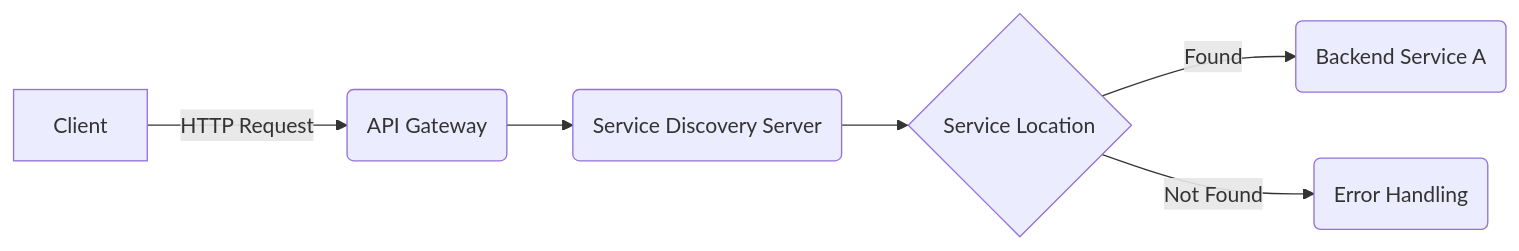
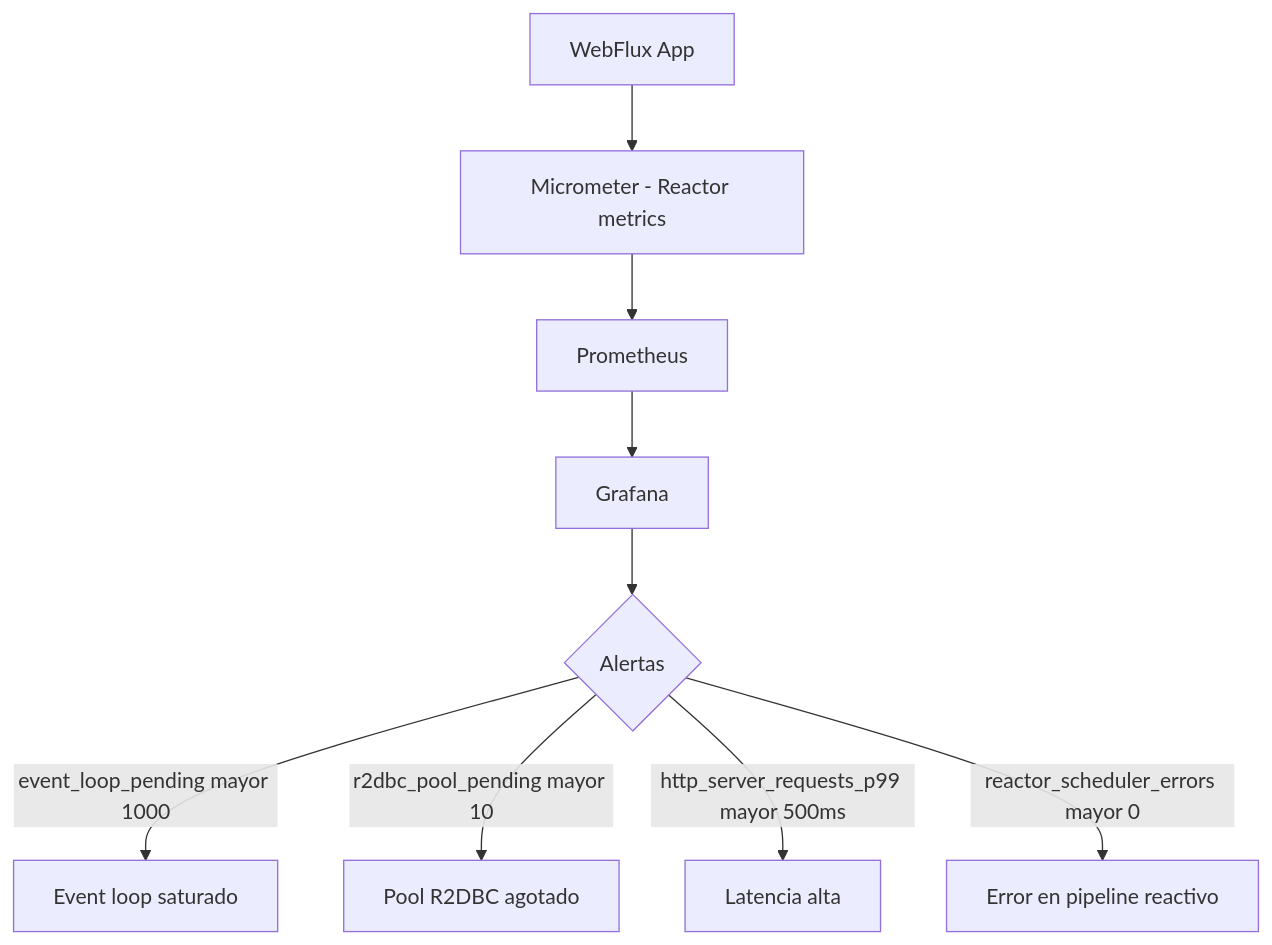
One commit to Joaquinriosheredia/DAM-Java-Mastery changed the third of 4 diagrams in 02_Arquitectura/arquitectura_de_microservicios_reactivos_con_spring_boot_3.3_y_r2dbc_STAFF.md. Above: the diagram before and after it, drawn with Mermaid. The commit also changed other lines of this file and 1 other file, not shown here.

````diff
--- a/02_Arquitectura/arquitectura_de_microservicios_reactivos_con_spring_boot_3.3_y_r2dbc_STAFF.md
+++ b/02_Arquitectura/arquitectura_de_microservicios_reactivos_con_spring_boot_3.3_y_r2dbc_STAFF.md
@@ -1291,8 +295,11 @@
 ```mermaid
-graph LR;
-A[Client] -->|HTTP Request| B(API Gateway)
-B --> C(Service Discovery Server)
-C --> D{Service Location}
-D -- Found --> E(Backend Service A)
-D -- Not Found --> F(Error Handling)
+graph TD
+    A[WebFlux App] --> B[Micrometer - Reactor metrics]
+    B --> C[Prometheus]
+    C --> D[Grafana]
+    D --> E{Alertas}
+    E -->|event_loop_pending mayor 1000| F[Event loop saturado]
+    E -->|r2dbc_pool_pending mayor 10| G[Pool R2DBC agotado]
+    E -->|http_server_requests_p99 mayor 500ms| H[Latencia alta]
+    E -->|reactor_scheduler_errors mayor 0| I[Error en pipeline reactivo]
 ```
````
